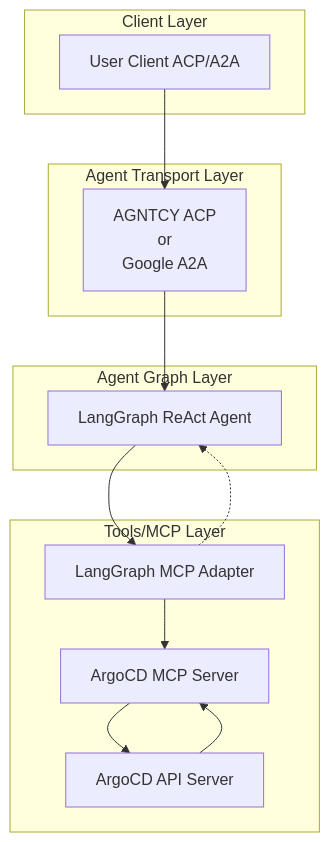
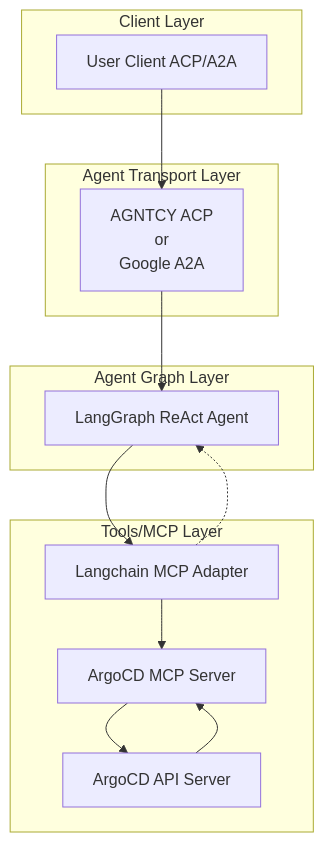
One commit to tensai828/ai-driven-platform-operations changed the diagram in ai_platform_engineering/agents/argocd/README.md. Above: the diagram before and after it, drawn with Mermaid.

Commit message:
fix(README.md): update architecture diagram

````diff
--- a/ai_platform_engineering/agents/argocd/README.md
+++ b/ai_platform_engineering/agents/argocd/README.md
@@ -88,25 +88,25 @@
 ```mermaid
 flowchart TD
   subgraph Client Layer
     A[User Client ACP/A2A]
   end
 
   subgraph Agent Transport Layer
     B[AGNTCY ACP<br/>or<br/>Google A2A]
   end
 
   subgraph Agent Graph Layer
     C[LangGraph ReAct Agent]
   end
 
   subgraph Tools/MCP Layer
-    D[LangGraph MCP Adapter]
+    D[Langchain MCP Adapter]
     E[ArgoCD MCP Server]
     F[ArgoCD API Server]
   end
 
   A --> B --> C
   C --> D
   D -.-> C
   D --> E --> F --> E
 ```
````
